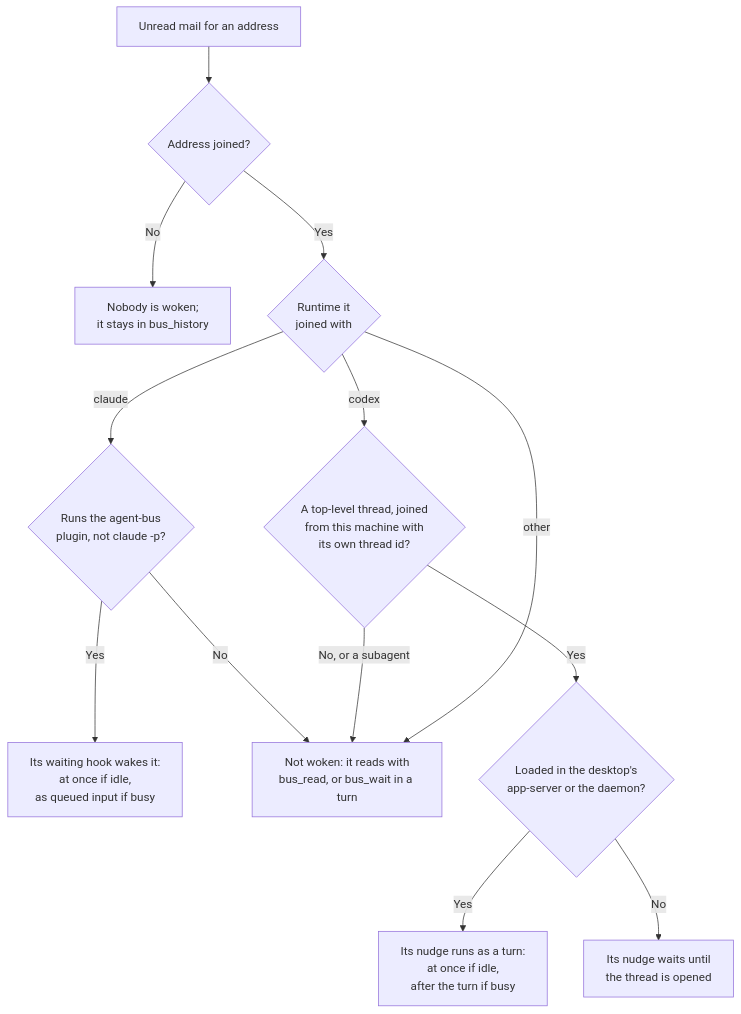
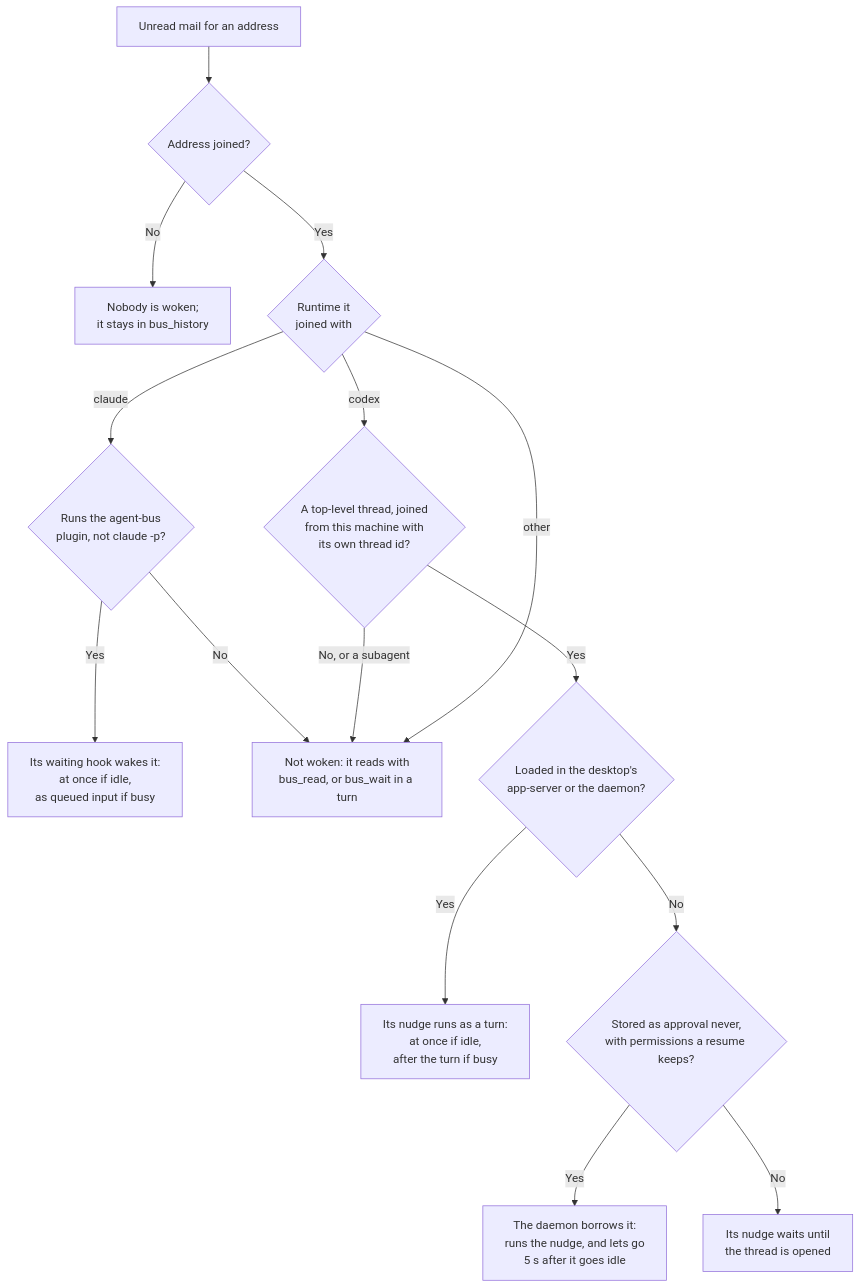
Before and after one commit to rawr-ai/agent-bus: the first of 3 diagrams in docs/architecture/delivery.md, drawn with Mermaid. The commit also changed other lines of this file and 10 other files, not shown here.

First line of the commit message:
Load Codex threads on mail through a daemon borrow

````diff
--- a/docs/architecture/delivery.md
+++ b/docs/architecture/delivery.md
@@ -17,15 +17,17 @@
 ```mermaid
 flowchart TD
   mail["Unread mail for an address"] --> joined{"Address joined?"}
   joined -- "No" --> none["Nobody is woken;<br/>it stays in bus_history"]
   joined -- "Yes" --> runtime{"Runtime it<br/>joined with"}
   runtime -- "claude" --> plugin{"Runs the agent-bus<br/>plugin, not claude -p?"}
   plugin -- "Yes" --> hook["Its waiting hook wakes it:<br/>at once if idle,<br/>as queued input if busy"]
   plugin -- "No" --> poll["Not woken: it reads with<br/>bus_read, or bus_wait in a turn"]
   runtime -- "codex" --> tid{"A top-level thread, joined<br/>from this machine with<br/>its own thread id?"}
   tid -- "No, or a subagent" --> poll
   tid -- "Yes" --> loaded{"Loaded in the desktop's<br/>app-server or the daemon?"}
   loaded -- "Yes" --> runs["Its nudge runs as a turn:<br/>at once if idle,<br/>after the turn if busy"]
-  loaded -- "No" --> waits["Its nudge waits until<br/>the thread is opened"]
+  loaded -- "No" --> eligible{"Stored as approval never,<br/>with permissions a resume keeps?"}
+  eligible -- "Yes" --> borrow["The daemon borrows it:<br/>runs the nudge, and lets go<br/>5 s after it goes idle"]
+  eligible -- "No" --> waits["Its nudge waits until<br/>the thread is opened"]
   runtime -- "other" --> poll
 ```
````
